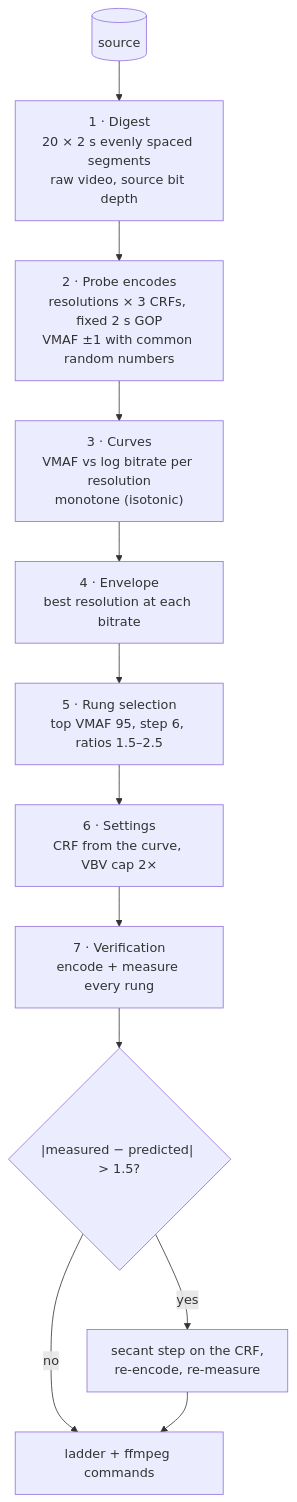
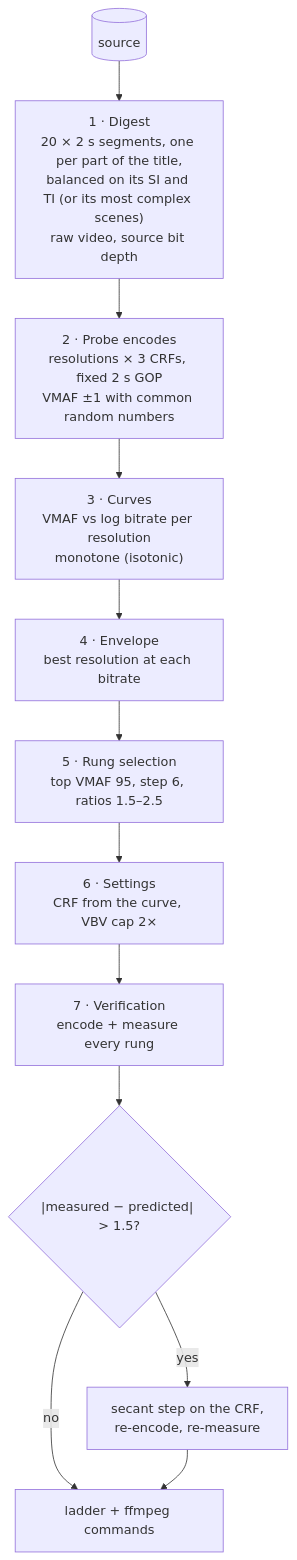
The first of 2 diagrams in docs/ladder.md (eko/qc), drawn with Mermaid before and after one commit. The commit also changed other lines of this file and 52 other files, not shown here.

Commit message:
Added content digest (uniform, balanced, top) for ladder computation

````diff
--- a/docs/ladder.md
+++ b/docs/ladder.md
@@ -8,14 +8,14 @@
 ```mermaid
 flowchart TD
-    src[(source)] --> digest["1 · Digest<br/>20 × 2 s evenly spaced segments<br/>raw video, source bit depth"]
+    src[(source)] --> digest["1 · Digest<br/>20 × 2 s segments, one per part of the title,<br/>balanced on its SI and TI (or its most complex scenes)<br/>raw video, source bit depth"]
     digest --> probes["2 · Probe encodes<br/>resolutions × 3 CRFs, fixed 2 s GOP<br/>VMAF ±1 with common random numbers"]
     probes --> curves["3 · Curves<br/>VMAF vs log bitrate per resolution<br/>monotone (isotonic)"]
     curves --> hull["4 · Envelope<br/>best resolution at each bitrate"]
     hull --> rungs["5 · Rung selection<br/>top VMAF 95, step 6, ratios 1.5–2.5"]
     rungs --> settings["6 · Settings<br/>CRF from the curve, VBV cap 2×"]
     settings --> verify["7 · Verification<br/>encode + measure every rung"]
     verify --> calib{"|measured − predicted| > 1.5?"}
     calib -->|yes| fix["secant step on the CRF,<br/>re-encode, re-measure"]
     calib -->|no| out[ladder + ffmpeg commands]
     fix --> out
 ```
````
